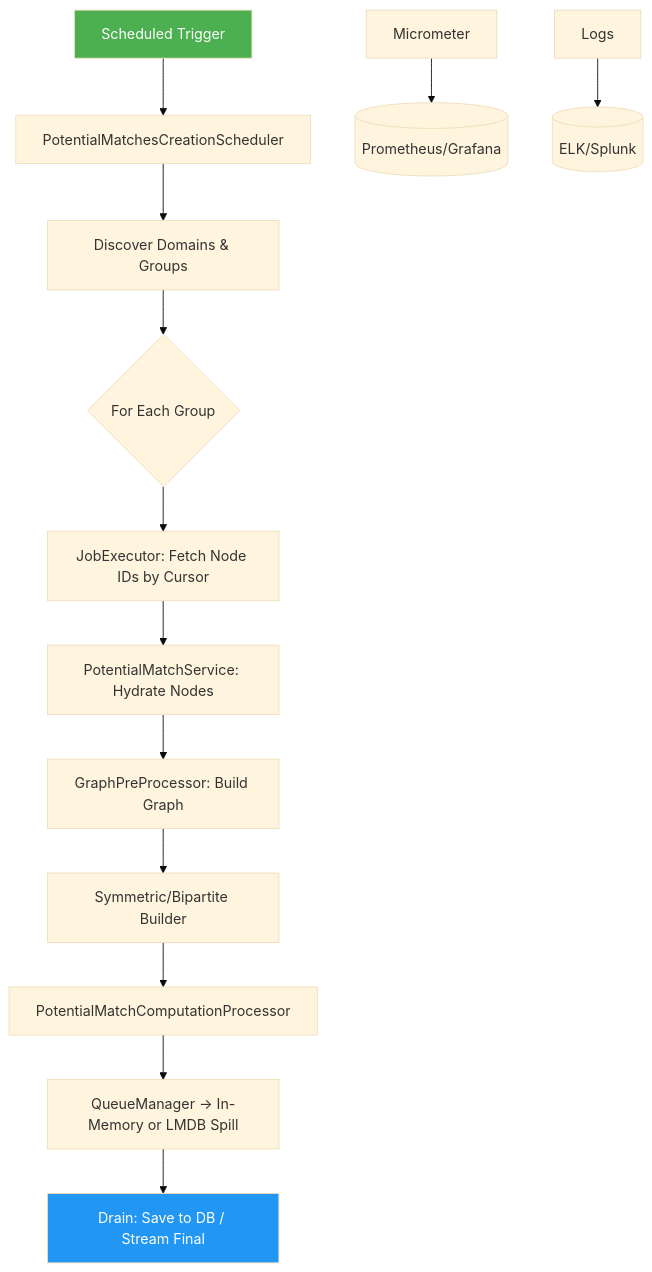
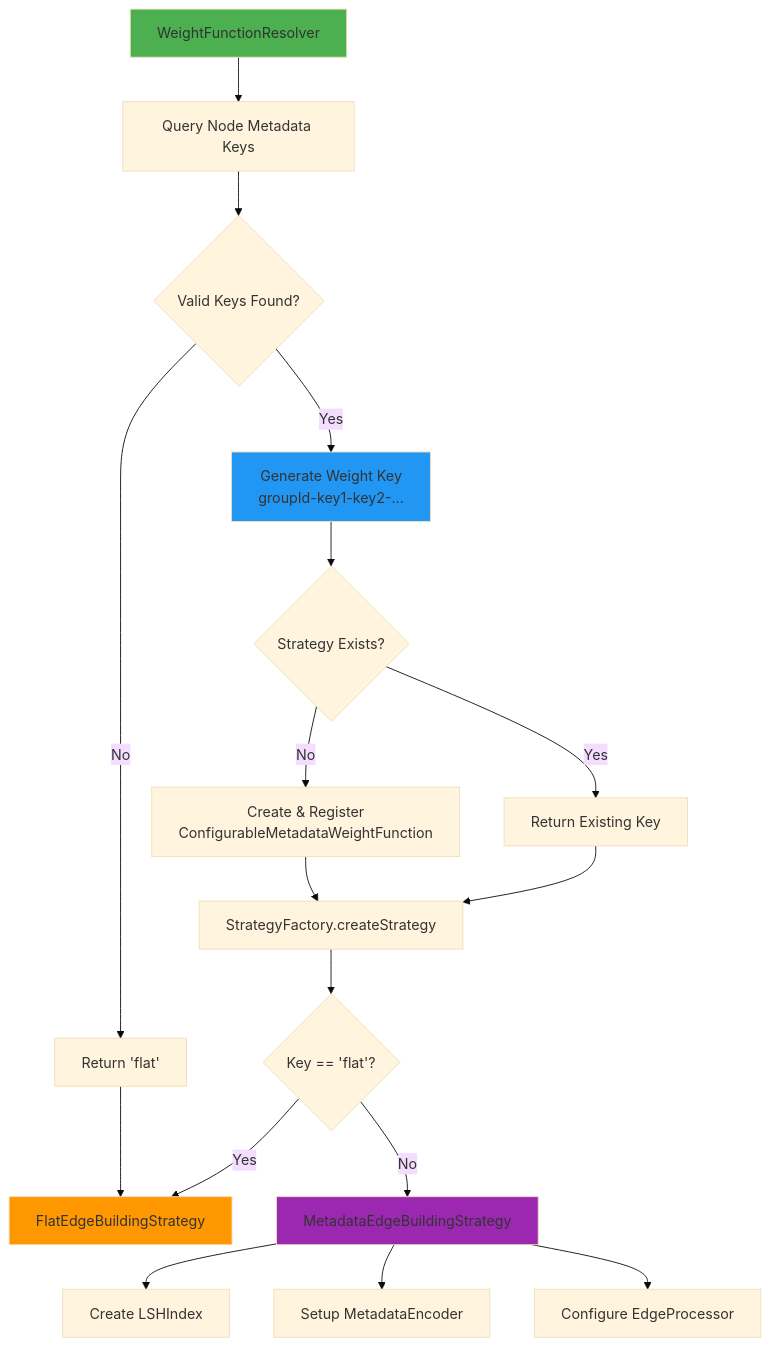
Diagram 17 of 34 in docs/Low Level Designs/ScheduledPotentialMatchesCreation.md (kagit00/schedule_x), drawn with Mermaid (base theme) before and after one commit. The commit also changed other lines of this file, not shown here.

````diff
--- a/docs/Low Level Designs/ScheduledPotentialMatchesCreation.md
+++ b/docs/Low Level Designs/ScheduledPotentialMatchesCreation.md
@@ -72,18 +941,28 @@
 ```mermaid
-graph TD
-    A[Scheduled Trigger] --> B[PotentialMatchesCreationScheduler]
-    B --> C[Discover Domains & Groups]
-    C --> D{For Each Group}
-    D --> E[JobExecutor: Fetch Node IDs by Cursor]
-    E --> F[PotentialMatchService: Hydrate Nodes]
-    F --> G[GraphPreProcessor: Build Graph]
-    G --> H[Symmetric/Bipartite Builder]
-    H --> I[PotentialMatchComputationProcessor]
-    I --> J[QueueManager → In-Memory or LMDB Spill]
-    J --> K[Drain: Save to DB / Stream Final]
-    L[Micrometer] --> M[(Prometheus/Grafana)]
-    N[Logs] --> O[(ELK/Splunk)]
-
-    style A fill:#4CAF50, color:white
-    style K fill:#2196F3, color:white
+flowchart TD
+    A[WeightFunctionResolver] --> B[Query Node Metadata Keys]
+    B --> C{Valid Keys Found?}
+    C -->|No| D[Return 'flat']
+    C -->|Yes| E[Generate Weight Key<br/>groupId-key1-key2-...]
+    
+    E --> F{Strategy Exists?}
+    F -->|No| G[Create & Register<br/>ConfigurableMetadataWeightFunction]
+    F -->|Yes| H[Return Existing Key]
+    
+    G --> I[StrategyFactory.createStrategy]
+    H --> I
+    D --> J[FlatEdgeBuildingStrategy]
+    
+    I --> K{Key == 'flat'?}
+    K -->|Yes| J
+    K -->|No| L[MetadataEdgeBuildingStrategy]
+    
+    L --> M[Create LSHIndex]
+    L --> N[Setup MetadataEncoder]
+    L --> O[Configure EdgeProcessor]
+    
+    style A fill:#4CAF50
+    style E fill:#2196F3
+    style J fill:#FF9800
+    style L fill:#9C27B0
 ```
````
